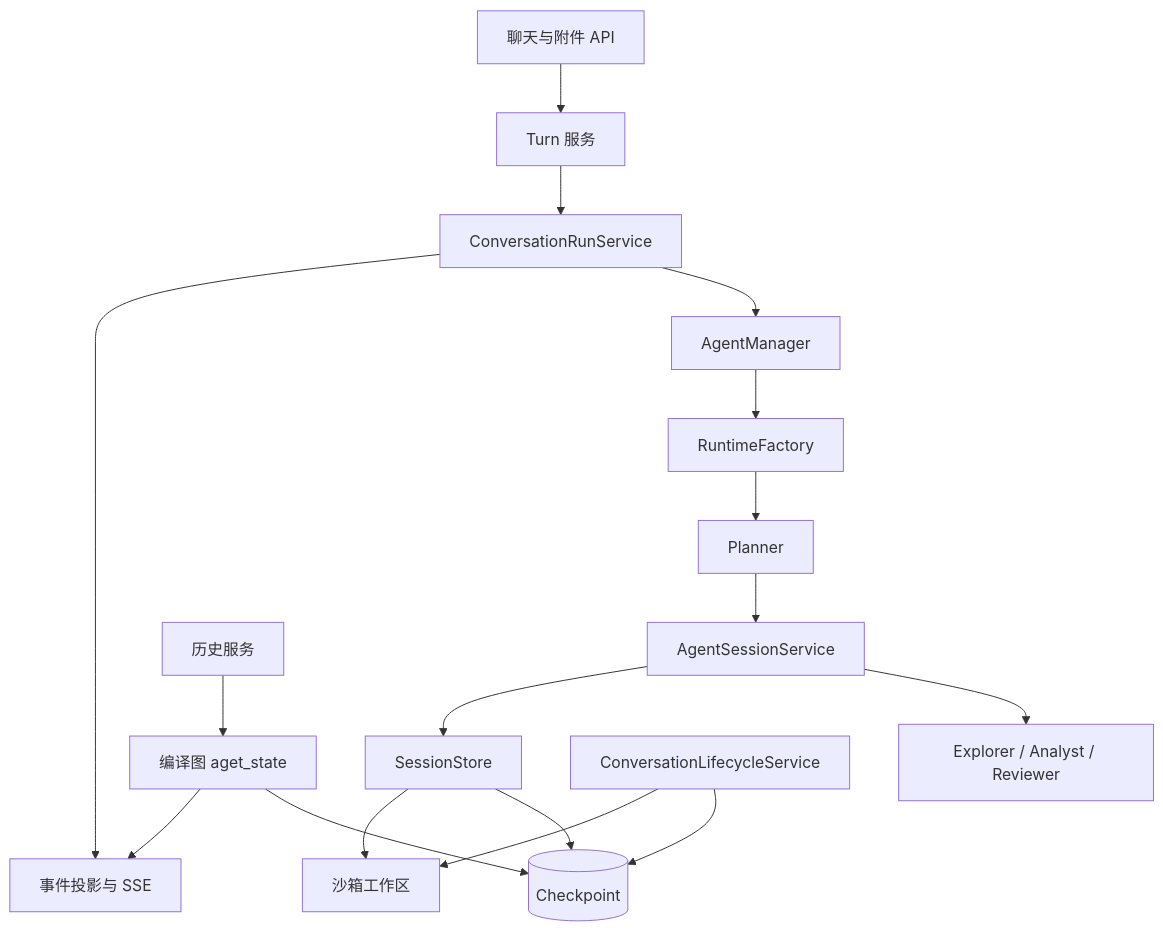
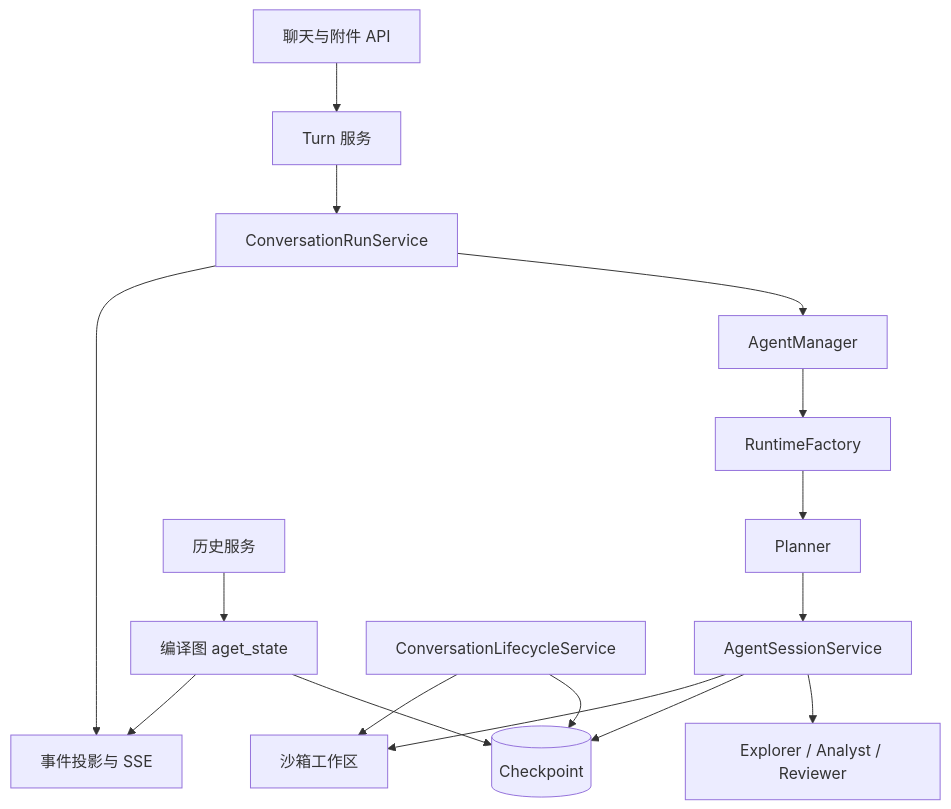
The first of 2 diagrams in docs/06_对话与多智能体协作.md (2739673455/dataagent), drawn with Mermaid before and after one commit. The commit also changed other lines of this file and 33 other files, not shown here.

````diff
--- a/docs/06_对话与多智能体协作.md
+++ b/docs/06_对话与多智能体协作.md
@@ -7,19 +7,18 @@
 ```mermaid
 flowchart TD
     API[聊天与附件 API] --> TURN[Turn 服务]
     TURN --> RUN[ConversationRunService]
     RUN --> MANAGER[AgentManager]
     MANAGER --> FACTORY[RuntimeFactory]
     FACTORY --> PLANNER[Planner]
     PLANNER --> SESSION[AgentSessionService]
     SESSION --> SPECIALIST[Explorer / Analyst / Reviewer]
-    SESSION --> STORE[SessionStore]
-    STORE --> PG[(Checkpoint)]
-    STORE --> SANDBOX[沙箱工作区]
+    SESSION --> PG[(Checkpoint)]
+    SESSION --> SANDBOX[沙箱工作区]
     RUN --> EVENTS[事件投影与 SSE]
     HISTORY[历史服务] --> READER[编译图 aget_state]
     READER --> PG
     READER --> EVENTS
     LIFE[ConversationLifecycleService] --> PG
     LIFE --> SANDBOX
 ```
````
